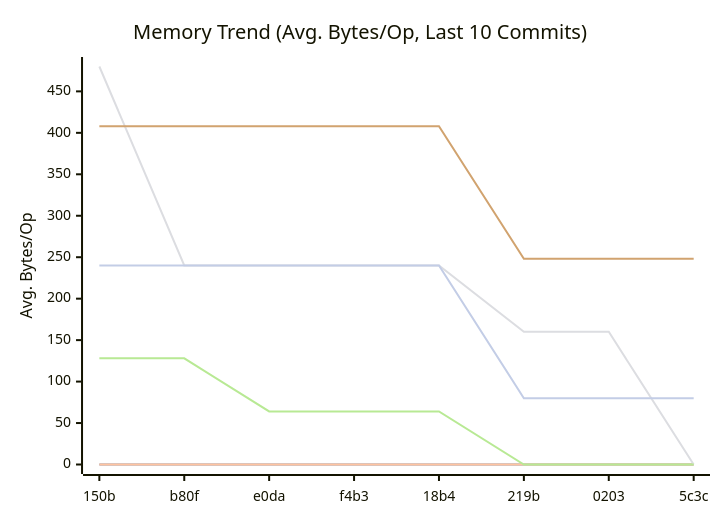
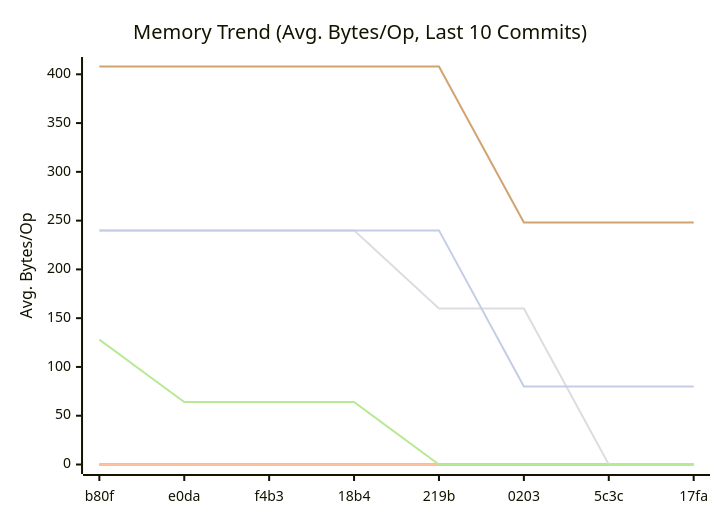
Before and after one commit to alsotoes/momo: the second of 3 diagrams in docs/README.md, drawn with Mermaid. The commit also changed other lines of this file and 1 other file, not shown here.

````diff
--- a/docs/README.md
+++ b/docs/README.md
@@ -202,14 +202,14 @@
 ```mermaid
 xychart-beta
     title "Memory Trend (Avg. Bytes/Op, Last 10 Commits)"
     x-axis "Commit"
     y-axis "Avg. Bytes/Op"
-    x-axis [150b,b80f,e0da,f4b3,18b4,219b,0203,5c3c]
+    x-axis [b80f,e0da,f4b3,18b4,219b,0203,5c3c,17fa]
     line "CheckMetricsAndSwap" [0,0,0,0,0,0,0,0,0,0]
     line "IndexDirectTracking" [0,0,0,0,0,0,0,0,0,0]
     line "IndexSearch" [0,0,0,0,0,0,0,0,0,0]
-    line "LoadGlobalConfig" [480,240,240,240,240,160,160,0,0,0]
-    line "PadString" [128,128,64,64,64,0,0,0,0,0]
+    line "LoadGlobalConfig" [240,240,240,240,160,160,0,0,0,0]
+    line "PadString" [128,64,64,64,0,0,0,0,0,0]
     line "ParseReplicationOrder_NoPrealloc" [408,408,408,408,408,248,248,248,248,248]
     line "ParseReplicationOrder_Prealloc" [240,240,240,240,240,80,80,80,80,80]
 ```
````
